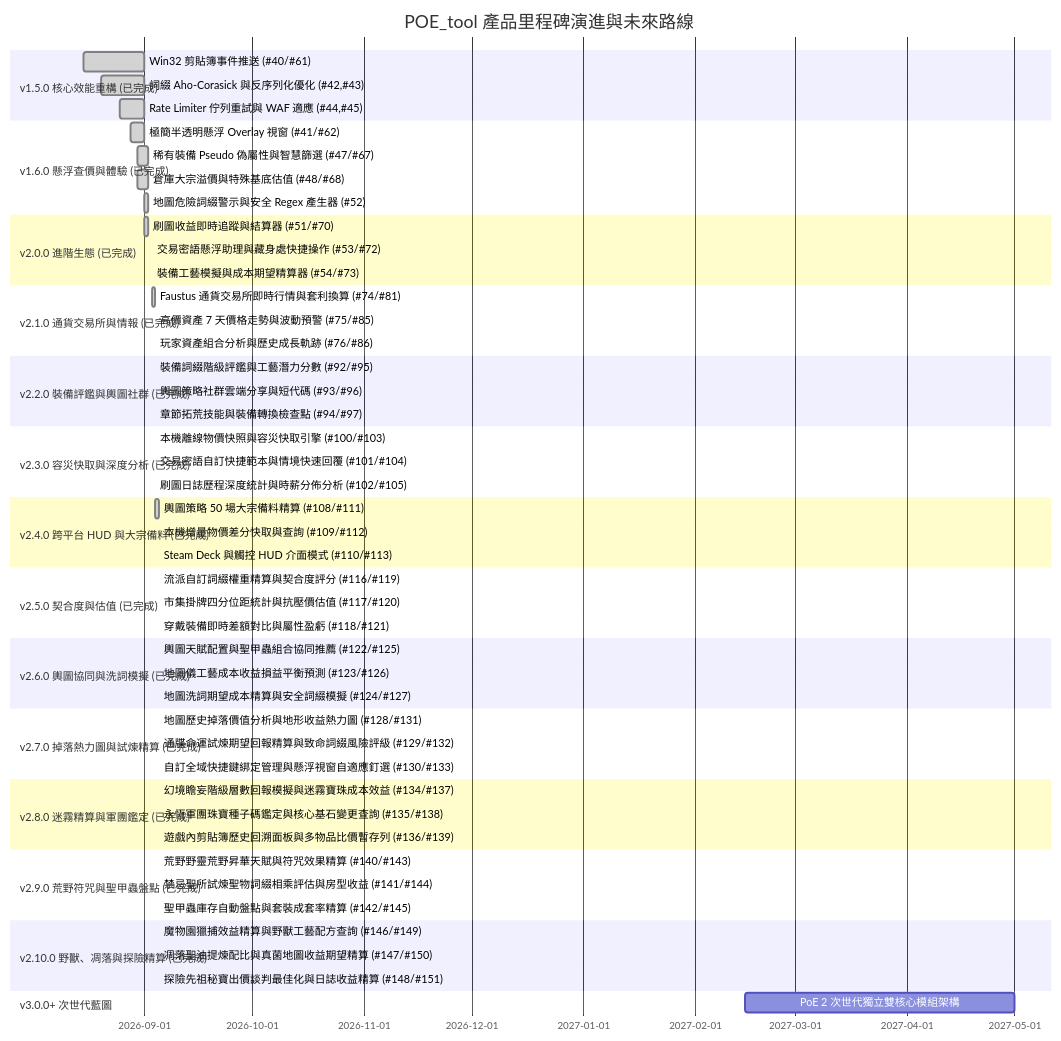
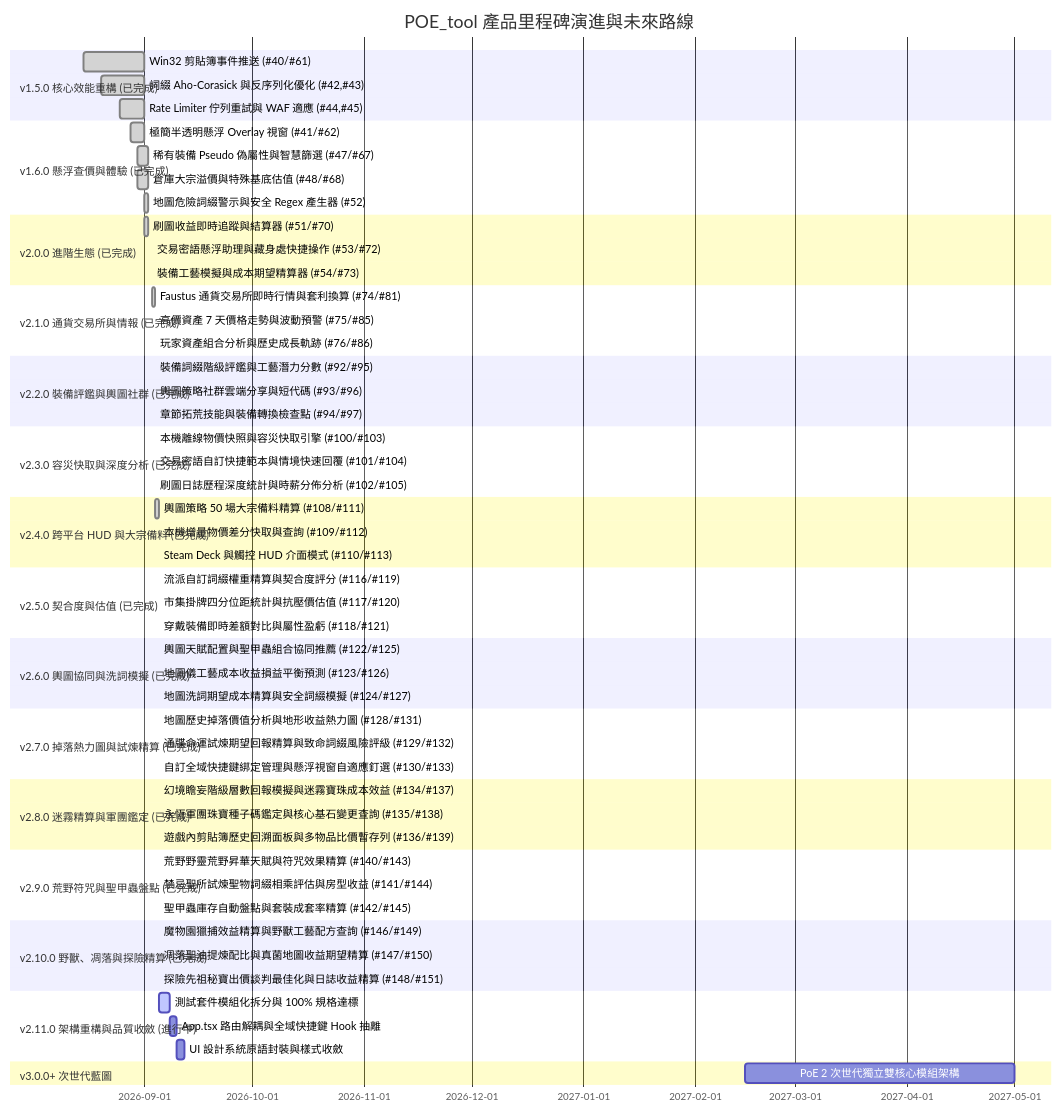
The diagram in ROADMAP.md (saijo0404/POE-tool), drawn with Mermaid before and after one commit. The commit also changed other lines of this file, not shown here.

Commit message:
docs: add Milestone 14 (v2.11.0) for tech debt refactoring to ROADMAP

````diff
--- a/ROADMAP.md
+++ b/ROADMAP.md
@@ -63,60 +65,64 @@
 ```mermaid
 gantt
     title POE_tool 產品里程碑演進與未來路線
     dateFormat  YYYY-MM-DD
     section v1.5.0 核心效能重構 (已完成)
     Win32 剪貼簿事件推送 (#40/#61)           :done,    m1_1, 2026-08-15, 2026-09-01
     詞綴 Aho-Corasick 與反序列化優化 (#42,#43) :done,    m1_2, 2026-08-20, 2026-09-01
     Rate Limiter 佇列重試與 WAF 適應 (#44,#45)  :done,    m1_3, 2026-08-25, 2026-09-01
     section v1.6.0 懸浮查價與體驗 (已完成)
     極簡半透明懸浮 Overlay 視窗 (#41/#62)     :done,    m2_1, 2026-08-28, 2026-09-01
     稀有裝備 Pseudo 偽屬性與智慧篩選 (#47/#67) :done,    m2_2, 2026-08-30, 2026-09-02
     倉庫大宗溢價與特殊基底估值 (#48/#68)      :done,    m2_3, 2026-08-30, 2026-09-02
     地圖危險詞綴警示與安全 Regex 產生器 (#52)  :done,    m2_4, 2026-09-01, 2026-09-02
     section v2.0.0 進階生態 (已完成)
     刷圖收益即時追蹤與結算器 (#51/#70)        :done,    m3_1, 2026-09-01, 2026-09-02
     交易密語懸浮助理與藏身處快捷操作 (#53/#72) :done,    m3_2, 2026-09-03, 2026-09-03
     裝備工藝模擬與成本期望精算器 (#54/#73)     :done,    m3_3, 2026-09-03, 2026-09-03
     section v2.1.0 通貨交易所與情報 (已完成)
     Faustus 通貨交易所即時行情與套利換算 (#74/#81) :done,    m4_1, 2026-09-03, 2026-09-04
     高價資產 7 天價格走勢與波動預警 (#75/#85)     :done,    m4_2, 2026-09-04, 2026-09-04
     玩家資產組合分析與歷史成長軌跡 (#76/#86)       :done,    m4_3, 2026-09-04, 2026-09-04
     section v2.2.0 裝備評鑑與輿圖社群 (已完成)
     裝備詞綴階級評鑑與工藝潛力分數 (#92/#95)     :done,    m5_1, 2026-09-04, 2026-09-04
     輿圖策略社群雲端分享與短代碼 (#93/#96)       :done,    m5_2, 2026-09-04, 2026-09-04
     章節拓荒技能與裝備轉換檢查點 (#94/#97)       :done,    m5_3, 2026-09-04, 2026-09-04
     section v2.3.0 容災快取與深度分析 (已完成)
     本機離線物價快照與容災快取引擎 (#100/#103)    :done,    m6_1, 2026-09-04, 2026-09-04
     交易密語自訂快捷範本與情境快速回覆 (#101/#104) :done,    m6_2, 2026-09-04, 2026-09-04
     刷圖日誌歷程深度統計與時薪分佈分析 (#102/#105) :done,    m6_3, 2026-09-04, 2026-09-04
     section v2.4.0 跨平台 HUD 與大宗備料 (已完成)
     輿圖策略 50 場大宗備料精算 (#108/#111)       :done,    m7_1, 2026-09-04, 2026-09-05
     本機增量物價差分快取與查詢 (#109/#112)       :done,    m7_2, 2026-09-05, 2026-09-05
     Steam Deck 與觸控 HUD 介面模式 (#110/#113)  :done,    m7_3, 2026-09-05, 2026-09-05
     section v2.5.0 契合度與估值 (已完成)
     流派自訂詞綴權重精算與契合度評分 (#116/#119)  :done,    m8_1, 2026-09-05, 2026-09-05
     市集掛牌四分位距統計與抗壓價估值 (#117/#120)  :done,    m8_2, 2026-09-05, 2026-09-05
     穿戴裝備即時差額對比與屬性盈虧 (#118/#121)    :done,    m8_3, 2026-09-05, 2026-09-05
     section v2.6.0 輿圖協同與洗詞模擬 (已完成)
     輿圖天賦配置與聖甲蟲組合協同推薦 (#122/#125)    :done,    m9_1, 2026-09-05, 2026-09-05
     地圖儀工藝成本收益損益平衡預測 (#123/#126)    :done,    m9_2, 2026-09-05, 2026-09-05
     地圖洗詞期望成本精算與安全詞綴模擬 (#124/#127)  :done,    m9_3, 2026-09-05, 2026-09-05
     section v2.7.0 掉落熱力圖與試煉精算 (已完成)
     地圖歷史掉落價值分析與地形收益熱力圖 (#128/#131)      :done,    m10_1, 2026-09-05, 2026-09-05
     通牒命運試煉期望回報精算與致命詞綴風險評級 (#129/#132) :done,    m10_2, 2026-09-05, 2026-09-05
     自訂全域快捷鍵綁定管理與懸浮視窗自適應釘選 (#130/#133) :done,    m10_3, 2026-09-05, 2026-09-05
     section v2.8.0 迷霧精算與軍團鑑定 (已完成)
     幻境瞻妄階級層數回報模擬與迷霧寶珠成本效益 (#134/#137) :done,    m11_1, 2026-09-05, 2026-09-05
     永恆軍團珠寶種子碼鑑定與核心基石變更查詢 (#135/#138)   :done,    m11_2, 2026-09-05, 2026-09-05
     遊戲內剪貼簿歷史回溯面板與多物品比價暫存列 (#136/#139) :done,    m11_3, 2026-09-05, 2026-09-05
     section v2.9.0 荒野符咒與聖甲蟲盤點 (已完成)
     荒野野靈荒野昇華天賦與符咒效果精算 (#140/#143)       :done,    m12_1, 2026-09-05, 2026-09-05
     禁忌聖所試煉聖物詞綴相乘評估與房型收益 (#141/#144)   :done,    m12_2, 2026-09-05, 2026-09-05
     聖甲蟲庫存自動盤點與套裝成套率精算 (#142/#145)       :done,    m12_3, 2026-09-05, 2026-09-05
     section v2.10.0 野獸、凋落與探險精算 (已完成)
     魔物園獵捕效益精算與野獸工藝配方查詢 (#146/#149)       :done,    m13_1, 2026-09-05, 2026-09-05
     凋落聖油提煉配比與真菌地圖收益期望精算 (#147/#150)   :done,    m13_2, 2026-09-05, 2026-09-05
     探險先祖秘寶出價談判最佳化與日誌收益精算 (#148/#151) :done,    m13_3, 2026-09-05, 2026-09-05
+    section v2.11.0 架構重構與品質收斂 (進行中)
+    測試套件模組化拆分與 100% 規格達標     :active,  m14_1, 2026-09-05, 2026-09-08
+    App.tsx 路由解耦與全域快捷鍵 Hook 抽離   :         m14_2, 2026-09-08, 2026-09-10
+    UI 設計系統原語封裝與樣式收斂           :         m14_3, 2026-09-10, 2026-09-12
     section v3.0.0+ 次世代藍圖
-    PoE 2 次世代獨立雙核心模組架構           :         m14_1, 2027-02-15, 2027-05-01
+    PoE 2 次世代獨立雙核心模組架構           :         m15_1, 2027-02-15, 2027-05-01
 ```
````
